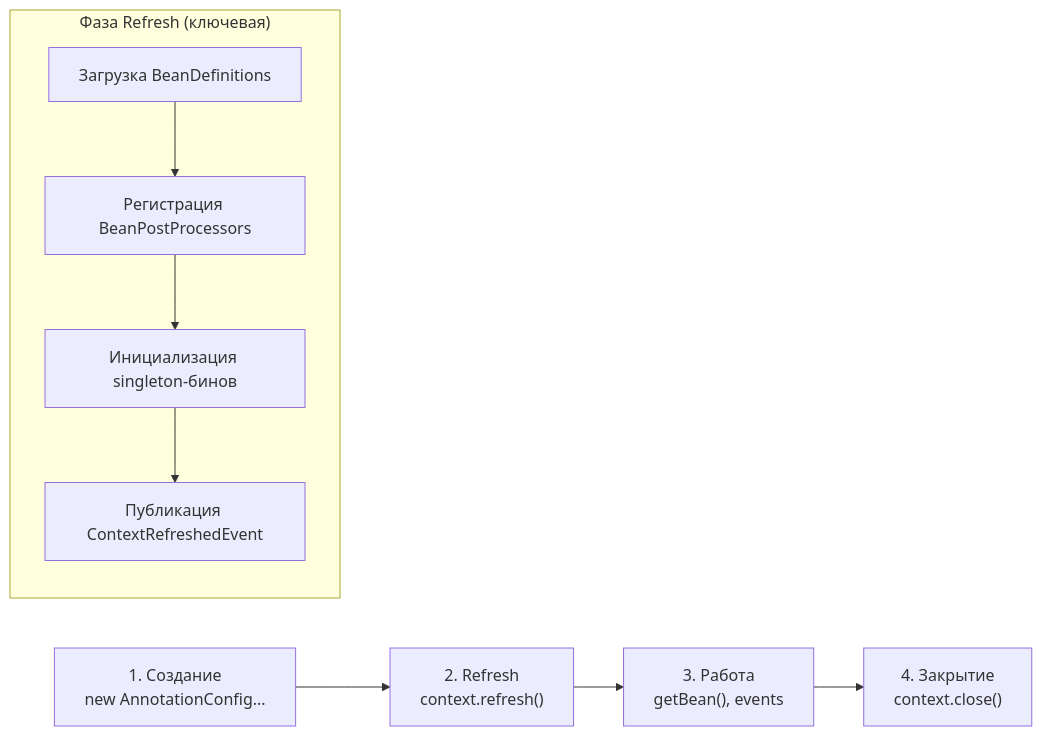
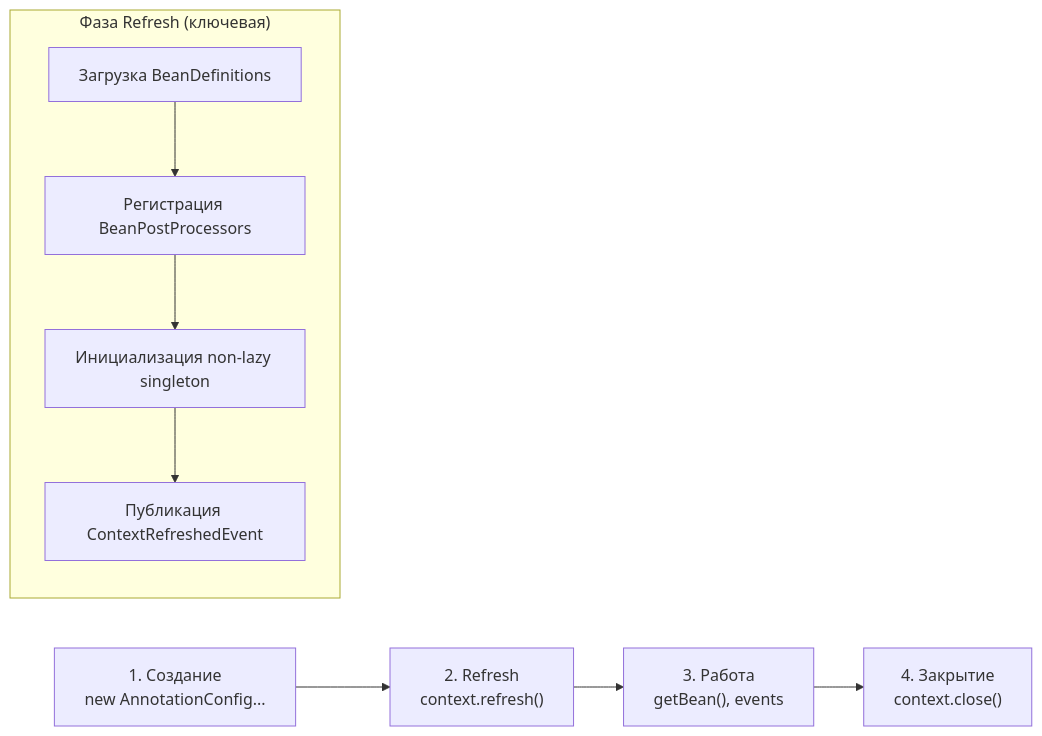
Before and after one commit to akeverus/cheat-sheet: the fourth of 10 diagrams in cheatsheets/interview/frameworks/spring/spring-framework-interview.md, drawn with Mermaid. The commit also changed other lines of this file and 154 other files, not shown here.

````diff
--- a/cheatsheets/interview/frameworks/spring/spring-framework-interview.md
+++ b/cheatsheets/interview/frameworks/spring/spring-framework-interview.md
@@ -267,12 +267,12 @@
 ```mermaid
 graph LR
     A["1. Создание<br/>new AnnotationConfig..."] --> B["2. Refresh<br/>context.refresh()"]
     B --> C["3. Работа<br/>getBean(), events"]
     C --> D["4. Закрытие<br/>context.close()"]
 
     subgraph "Фаза Refresh (ключевая)"
         B1["Загрузка BeanDefinitions"] --> B2["Регистрация BeanPostProcessors"]
-        B2 --> B3["Инициализация singleton-бинов"]
+        B2 --> B3["Инициализация non-lazy singleton"]
         B3 --> B4["Публикация ContextRefreshedEvent"]
     end
 ```
````
